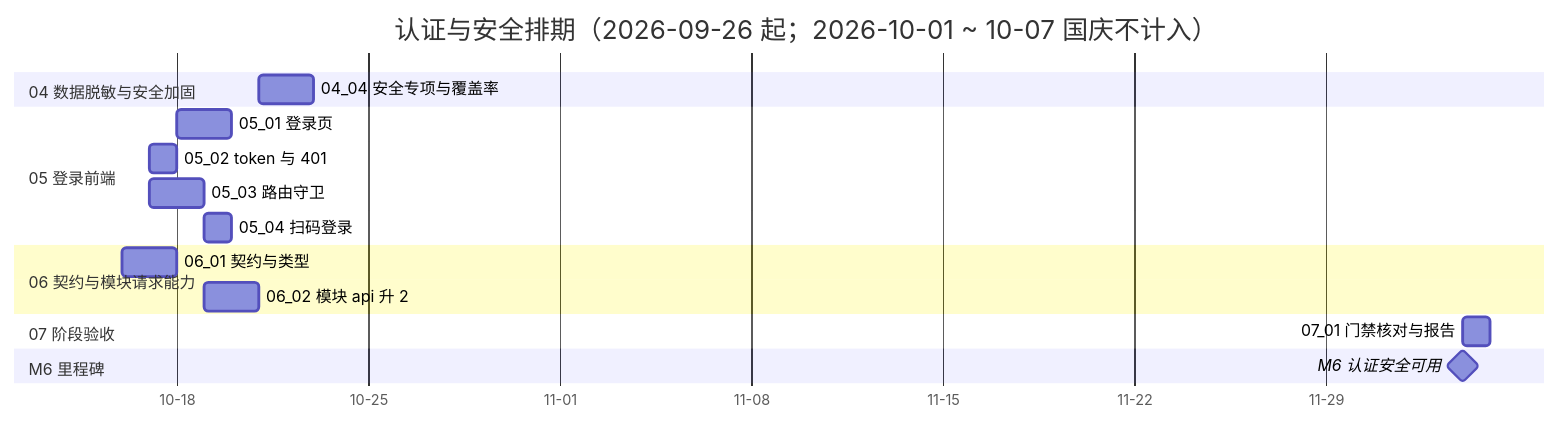
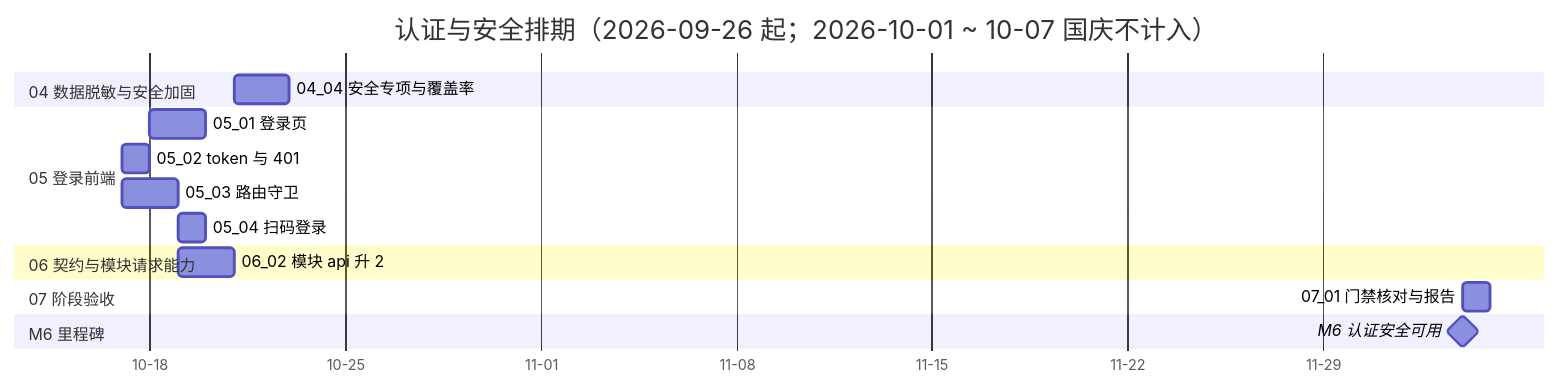
One commit to minjian123/basic-management-system changed the diagram in bms文档/项目/06_认证与安全/计划/01_计划_认证与安全.md. Above: the diagram before and after it, drawn with Mermaid. The commit also changed other lines of this file and 10 other files, not shown here.

````diff
--- a/bms文档/项目/06_认证与安全/计划/01_计划_认证与安全.md
+++ b/bms文档/项目/06_认证与安全/计划/01_计划_认证与安全.md
@@ -75,20 +75,19 @@
 ```mermaid
 gantt
     title 认证与安全排期（2026-09-26 起；2026-10-01 ~ 10-07 国庆不计入）
     dateFormat  YYYY-MM-DD
     axisFormat %m-%d
     section 04 数据脱敏与安全加固
     04_04 安全专项与覆盖率 :d4, 2026-10-21, 2d
     section 05 登录前端
     05_01 登录页 :e1, 2026-10-18, 2d
     05_02 token 与 401 :e2, 2026-10-17, 1d
     05_03 路由守卫 :e3, 2026-10-17, 2d
     05_04 扫码登录 :e4, 2026-10-19, 1d
     section 06 契约与模块请求能力
-    06_01 契约与类型 :f1, 2026-10-16, 2d
     06_02 模块 api 升 2 :f2, 2026-10-19, 2d
     section 07 阶段验收
     07_01 门禁核对与报告 :g1, 2026-12-04, 1d
     section M6 里程碑
     M6 认证安全可用 :milestone, mm6, 2026-12-04, 0d
 ```
````
